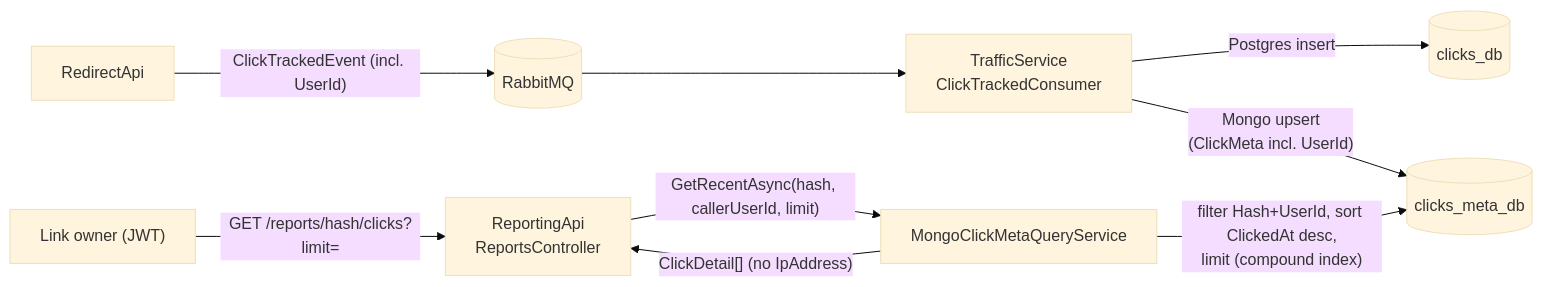
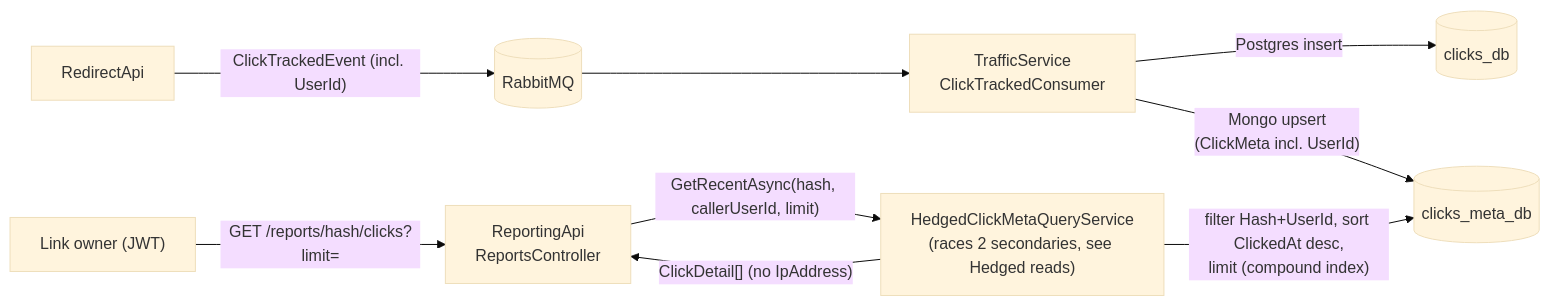
One commit to Patrick16/link-shortener-edu changed the first of 2 diagrams in sandbox/docs/scenarios/nodes/reporting-api.md. Above: the diagram before and after it, drawn with Mermaid (base theme). The commit also changed other lines of this file and 10 other files, not shown here.

First line of the commit message:
docs: fold today's 3 features into permanent docs (bsonguid fix, circuit-breaker toggle, hedged reads)

````diff
--- a/sandbox/docs/scenarios/nodes/reporting-api.md
+++ b/sandbox/docs/scenarios/nodes/reporting-api.md
@@ -100,11 +111,11 @@
 ```mermaid
 flowchart LR
     RA["RedirectApi"] -- "ClickTrackedEvent (incl. UserId)" --> RMQ[(RabbitMQ)]
     RMQ --> TS["TrafficService\nClickTrackedConsumer"]
     TS -- "Postgres insert" --> PG[(clicks_db)]
     TS -- "Mongo upsert\n(ClickMeta incl. UserId)" --> MG[(clicks_meta_db)]
     Caller["Link owner (JWT)"] -- "GET /reports/hash/clicks?limit=" --> RepAPI["ReportingApi\nReportsController"]
-    RepAPI -- "GetRecentAsync(hash, callerUserId, limit)" --> MCQS["MongoClickMetaQueryService"]
-    MCQS -- "filter Hash+UserId, sort ClickedAt desc,\nlimit (compound index)" --> MG
-    MCQS -- "ClickDetail[] (no IpAddress)" --> RepAPI
+    RepAPI -- "GetRecentAsync(hash, callerUserId, limit)" --> HCQS["HedgedClickMetaQueryService\n(races 2 secondaries, see Hedged reads)"]
+    HCQS -- "filter Hash+UserId, sort ClickedAt desc,\nlimit (compound index)" --> MG
+    HCQS -- "ClickDetail[] (no IpAddress)" --> RepAPI
 ```
````
